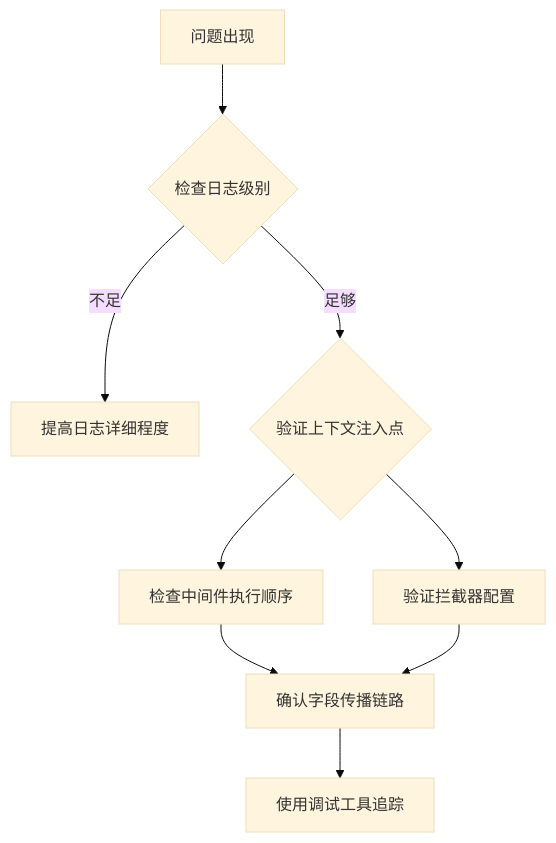
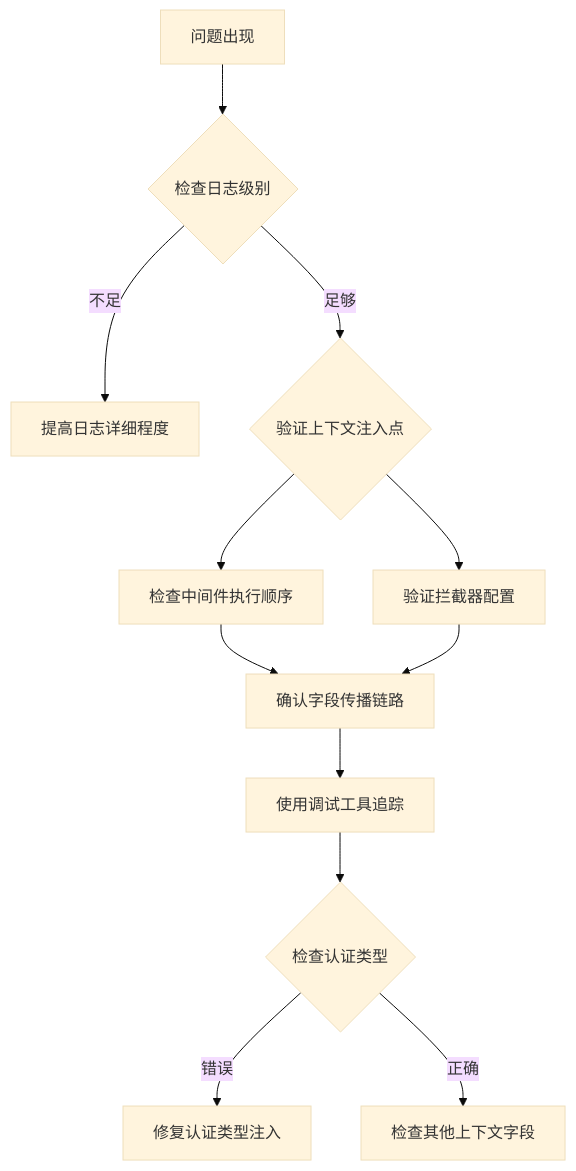
One commit to maomao94/zero-service changed diagram 11 of 11 in .qoder/repowiki/zh/content/Ctxdata Context Management.md. Above: the diagram before and after it, drawn with Mermaid (base theme). The commit also changed other lines of this file and 7 other files, not shown here.

````diff
--- a/.qoder/repowiki/zh/content/Ctxdata Context Management.md
+++ b/.qoder/repowiki/zh/content/Ctxdata Context Management.md
@@ -355,11 +492,14 @@
 ```mermaid
 flowchart TD
 A[问题出现] --> B{检查日志级别}
 B --> |不足| C[提高日志详细程度]
 B --> |足够| D{验证上下文注入点}
 D --> E[检查中间件执行顺序]
 D --> F[验证拦截器配置]
 E --> G[确认字段传播链路]
 F --> G
 G --> H[使用调试工具追踪]
+H --> I{检查认证类型}
+I --> |错误| J[修复认证类型注入]
+I --> |正确| K[检查其他上下文字段]
 ```
````
